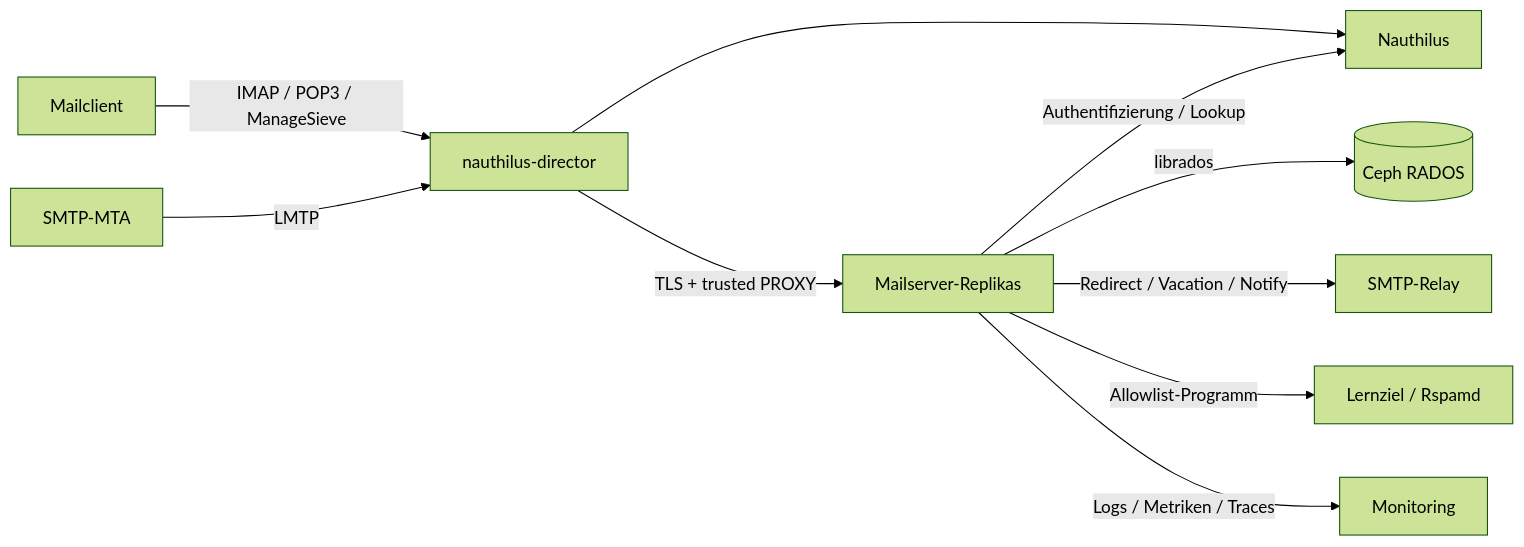
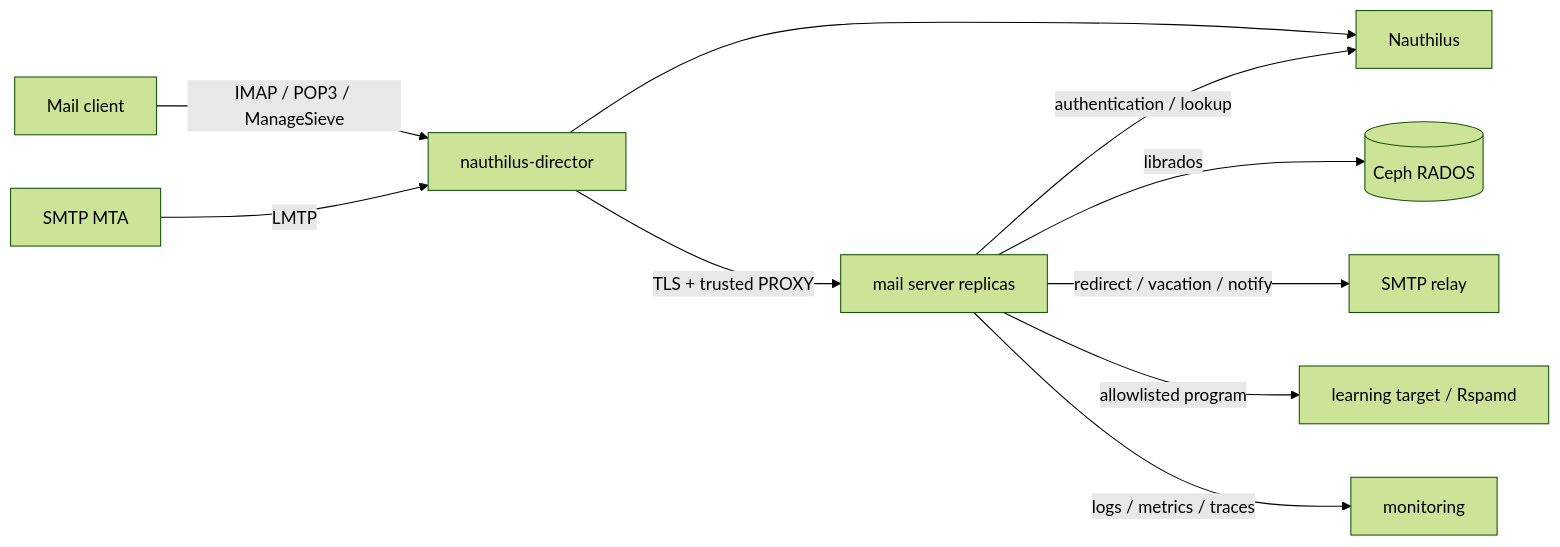
The diagram in docs/diagrams/context.mmd (croessner/shardpost), drawn with Mermaid (forest theme) before and after one commit. The commit also changed 19 other files, not shown here.

First line of the commit message:
docs: fix reference discrepancies, translate the old diagrams

```diff
--- a/docs/diagrams/context.mmd
+++ b/docs/diagrams/context.mmd
@@ -1,10 +1,10 @@
 flowchart LR
-    Client[Mailclient] -->|IMAP / POP3 / ManageSieve| Director[nauthilus-director]
-    MTA[SMTP-MTA] -->|LMTP| Director
-    Director -->|TLS + trusted PROXY| Server[Mailserver-Replikas]
+    Client[Mail client] -->|IMAP / POP3 / ManageSieve| Director[nauthilus-director]
+    MTA[SMTP MTA] -->|LMTP| Director
+    Director -->|TLS + trusted PROXY| Server[mail server replicas]
     Director --> Auth[Nauthilus]
-    Server -->|Authentifizierung / Lookup| Auth
+    Server -->|authentication / lookup| Auth
     Server -->|librados| Ceph[(Ceph RADOS)]
-    Server -->|Redirect / Vacation / Notify| Relay[SMTP-Relay]
-    Server -->|Allowlist-Programm| Learning[Lernziel / Rspamd]
-    Server -->|Logs / Metriken / Traces| Observability[Monitoring]
+    Server -->|redirect / vacation / notify| Relay[SMTP relay]
+    Server -->|allowlisted program| Learning[learning target / Rspamd]
+    Server -->|logs / metrics / traces| Observability[monitoring]
```
